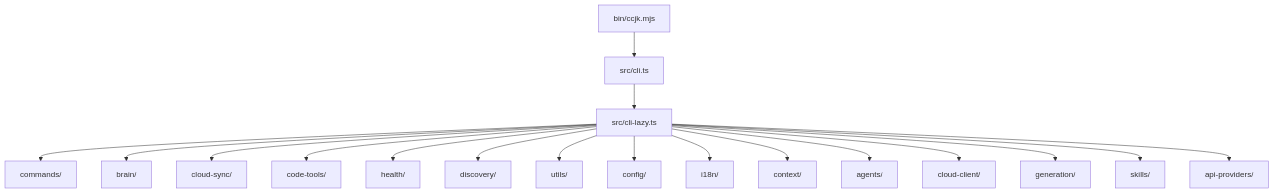
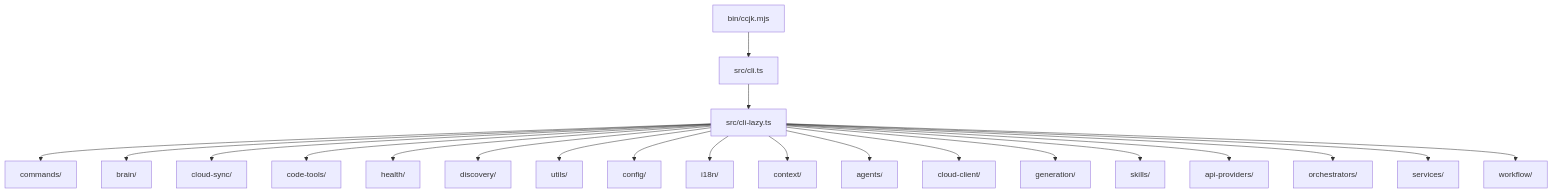
Before and after one commit to miounet11/ccjk: the diagram in CLAUDE.md, drawn with Mermaid. The commit also changed other lines of this file and 15 other files, not shown here.

````diff
--- a/CLAUDE.md
+++ b/CLAUDE.md
@@ -41,36 +42,42 @@
 ```mermaid
 graph TD
     A["bin/ccjk.mjs"] --> B["src/cli.ts"]
     B --> C["src/cli-lazy.ts"]
     C --> D["commands/"]
     C --> E["brain/"]
     C --> F["cloud-sync/"]
     C --> G["code-tools/"]
     C --> H["health/"]
     C --> I["discovery/"]
     C --> J["utils/"]
     C --> K["config/"]
     C --> L["i18n/"]
     C --> M["context/"]
     C --> N["agents/"]
     C --> O["cloud-client/"]
     C --> P["generation/"]
     C --> Q["skills/"]
     C --> R["api-providers/"]
+    C --> S["orchestrators/"]
+    C --> T["services/"]
+    C --> U["workflow/"]
 
     click D "./src/commands/CLAUDE.md" "Commands module"
     click E "./src/brain/CLAUDE.md" "Brain module"
     click F "./src/cloud-sync/CLAUDE.md" "Cloud Sync module"
     click G "./src/code-tools/CLAUDE.md" "Code Tools module"
     click H "./src/health/CLAUDE.md" "Health module"
     click I "./src/discovery/CLAUDE.md" "Discovery module"
     click J "./src/utils/CLAUDE.md" "Utils module"
     click K "./src/config/CLAUDE.md" "Config module"
     click L "./src/i18n/CLAUDE.md" "i18n module"
     click M "./src/context/CLAUDE.md" "Context module"
     click N "./src/agents/CLAUDE.md" "Agents module"
     click O "./src/cloud-client/CLAUDE.md" "Cloud Client module"
     click P "./src/generation/CLAUDE.md" "Generation module"
     click Q "./src/skills/CLAUDE.md" "Skills module"
     click R "./src/api-providers/CLAUDE.md" "API Providers module"
+    click S "./src/orchestrators/CLAUDE.md" "Orchestrators module"
+    click T "./src/services/CLAUDE.md" "Services module"
+    click U "./src/workflow/CLAUDE.md" "Workflow module"
 ```
````
